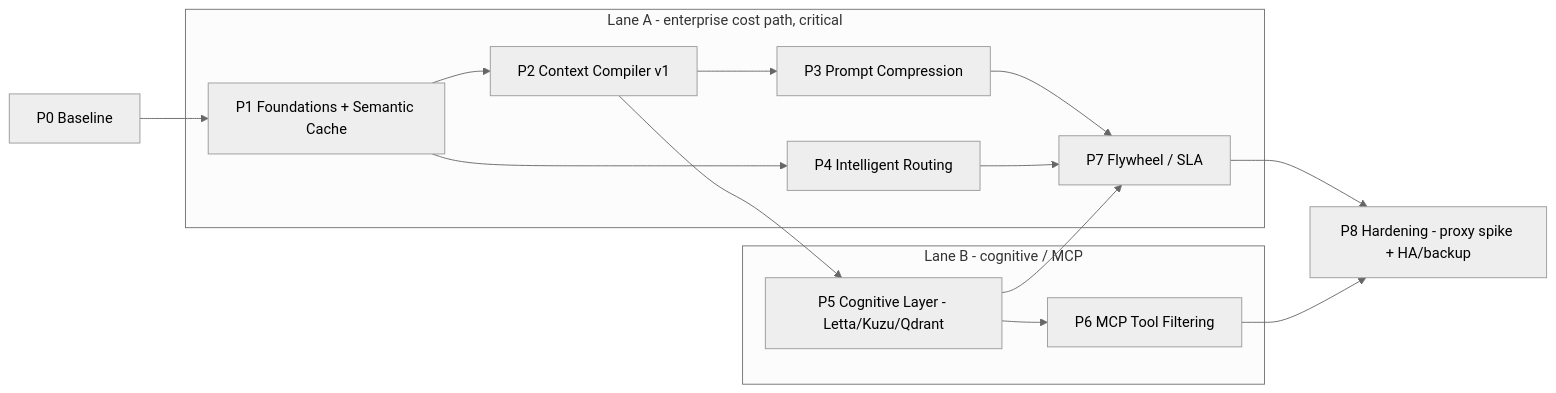
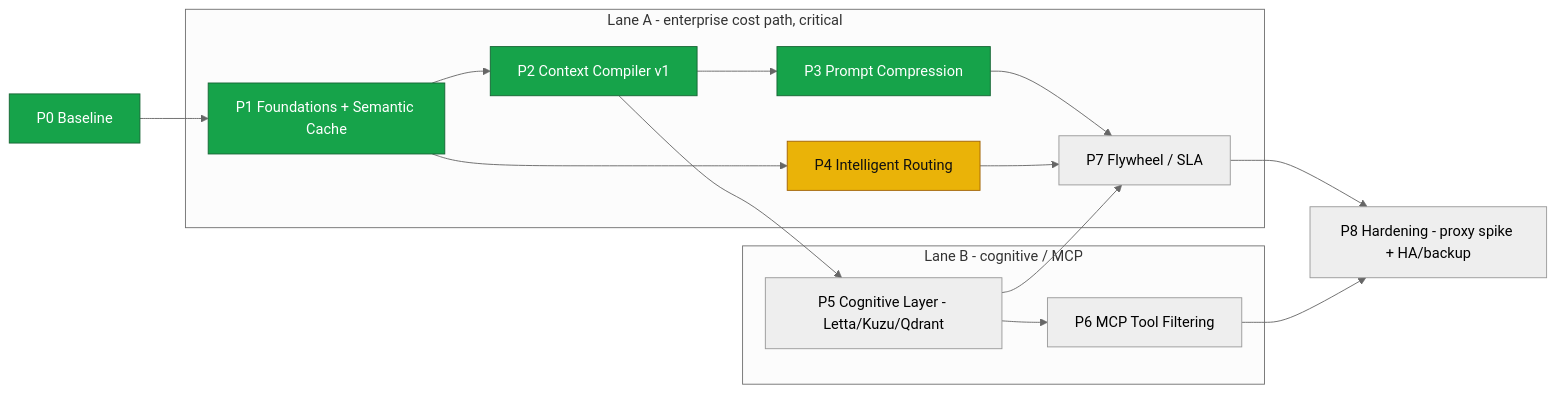
Before and after one commit to avs6/runledger-community: the second of 2 diagrams in docs/optimization/SPEC-AND-ROADMAP.md, drawn with Mermaid (neutral theme). The commit also changed other lines of this file and 6 other files, not shown here.

````diff
--- a/docs/optimization/SPEC-AND-ROADMAP.md
+++ b/docs/optimization/SPEC-AND-ROADMAP.md
@@ -387,21 +404,26 @@
 ```mermaid
 graph LR
   P0[P0 Baseline] --> P1[P1 Foundations + Semantic Cache]
   P1 --> P2[P2 Context Compiler v1]
 
   subgraph laneA [Lane A - enterprise cost path, critical]
     P2 --> P3[P3 Prompt Compression]
     P1 --> P4[P4 Intelligent Routing]
     P3 --> P7[P7 Flywheel / SLA]
     P4 --> P7
   end
 
   subgraph laneB [Lane B - cognitive / MCP]
     P2 --> P5[P5 Cognitive Layer - Letta/Kuzu/Qdrant]
     P5 --> P6[P6 MCP Tool Filtering]
   end
 
   P5 --> P7
   P7 --> P8[P8 Hardening - proxy spike + HA/backup]
   P6 --> P8
+
+  classDef done fill:#16a34a,stroke:#166534,color:#fff;
+  classDef next fill:#eab308,stroke:#a16207,color:#111;
+  class P0,P1,P2,P3 done;
+  class P4 next;
 ```
````
